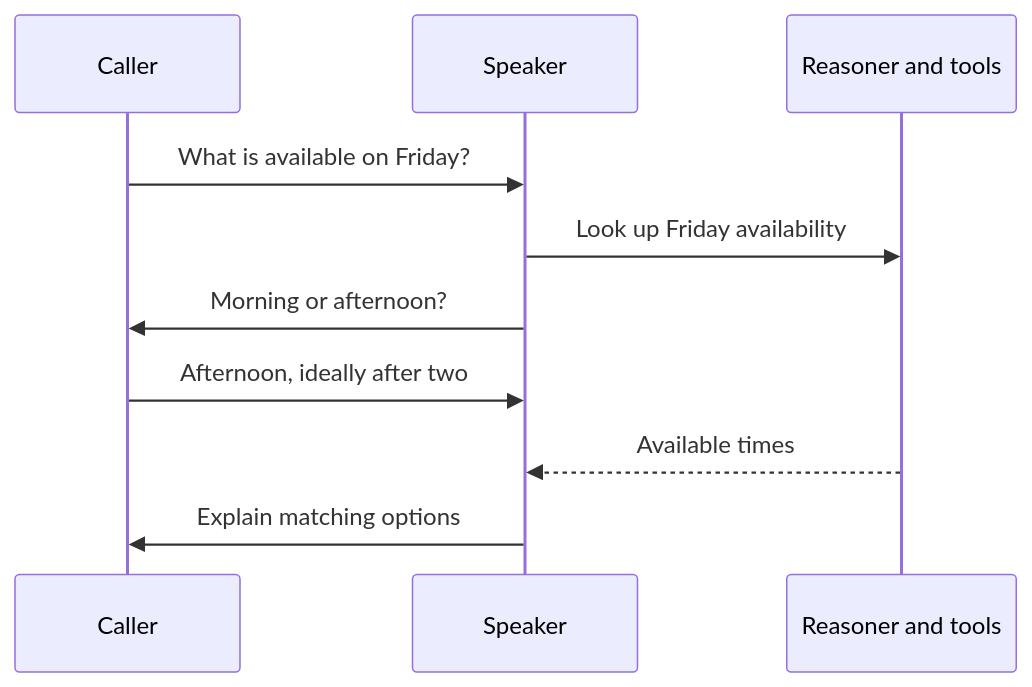
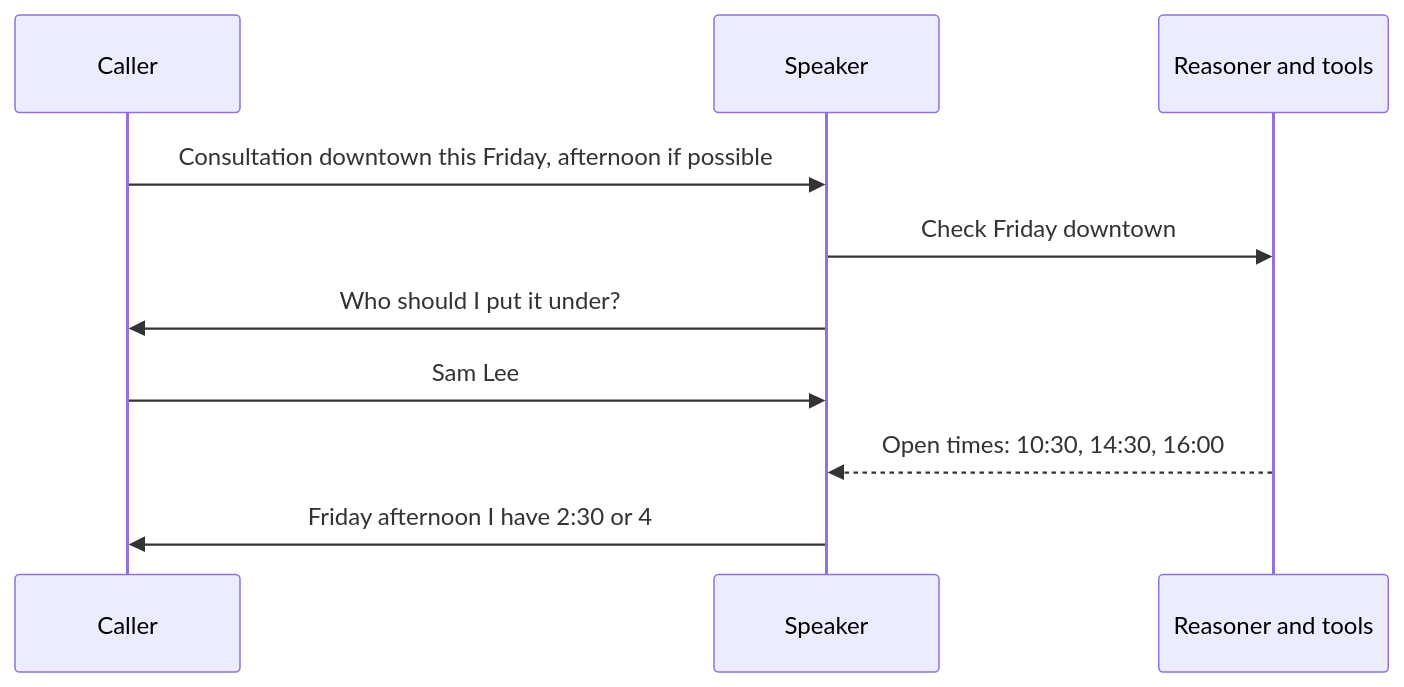
One commit to VapiAI/docs changed the diagram in fern/gpt-live/design.mdx. Above: the diagram before and after it, drawn with Mermaid. The commit also changed other lines of this file and 13 other files, not shown here.

````diff
--- a/fern/gpt-live/design.mdx
+++ b/fern/gpt-live/design.mdx
@@ -180,12 +43,12 @@
 ```mermaid
 sequenceDiagram
   participant C as Caller
   participant S as Speaker
   participant R as Reasoner and tools
-  C->>S: What is available on Friday?
-  S->>R: Look up Friday availability
-  S->>C: Morning or afternoon?
-  C->>S: Afternoon, ideally after two
-  R-->>S: Available times
-  S->>C: Explain matching options
+  C->>S: Consultation downtown this Friday, afternoon if possible
+  S->>R: Check Friday downtown
+  S->>C: Who should I put it under?
+  C->>S: Sam Lee
+  R-->>S: Open times: 10:30, 14:30, 16:00
+  S->>C: Friday afternoon I have 2:30 or 4
 ```
````
